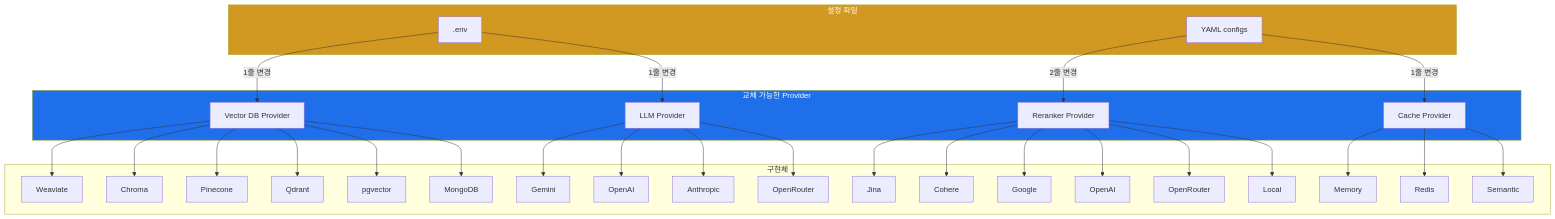
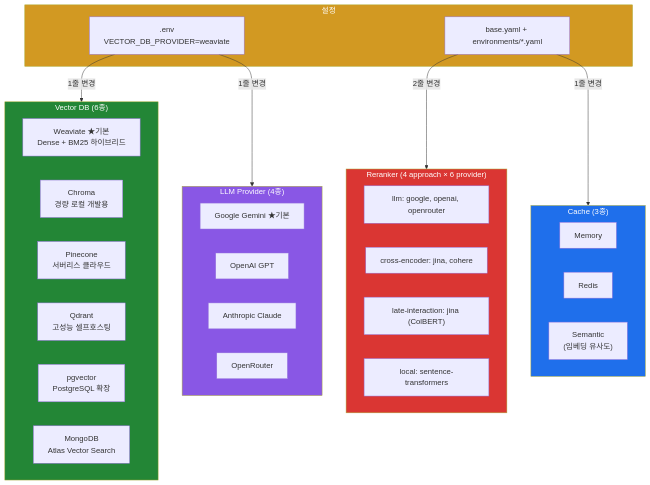
Before and after one commit to notadev-iamaura/OneRAG: the fifth of 10 diagrams in docs/ARCHITECTURE.md, drawn with Mermaid. The commit also changed other lines of this file, not shown here.

Commit message:
문서: ARCHITECTURE.md 시스템 구조 다이어그램 및 난이도 설명 업데이트

````diff
--- a/docs/ARCHITECTURE.md
+++ b/docs/ARCHITECTURE.md
@@ -99,47 +215,48 @@
 ```mermaid
 graph TB
-    subgraph Config["설정 파일"]
-        ENV[".env"]
-        YAML["YAML configs"]
+    subgraph Config["설정"]
+        ENV[".env<br/>VECTOR_DB_PROVIDER=weaviate"]
+        YAML["base.yaml + environments/*.yaml"]
     end
 
-    subgraph Providers["교체 가능한 Provider"]
-        VDB["Vector DB Provider"]
-        LLMP["LLM Provider"]
-        RRP["Reranker Provider"]
-        CP["Cache Provider"]
+    subgraph VDB["Vector DB (6종)"]
+        W["Weaviate ★기본<br/>Dense + BM25 하이브리드"]
+        CH["Chroma<br/>경량 로컬 개발용"]
+        PI["Pinecone<br/>서버리스 클라우드"]
+        QD["Qdrant<br/>고성능 셀프호스팅"]
+        PG["pgvector<br/>PostgreSQL 확장"]
+        MO["MongoDB<br/>Atlas Vector Search"]
     end
 
-    subgraph Implementations["구현체"]
-        VDB --> W[Weaviate]
-        VDB --> CH[Chroma]
-        VDB --> PI[Pinecone]
-        VDB --> QD[Qdrant]
-        VDB --> PG[pgvector]
-        VDB --> MO[MongoDB]
-
-        LLMP --> GE[Gemini]
-        LLMP --> OA[OpenAI]
-        LLMP --> AN[Anthropic]
-        LLMP --> OR[OpenRouter]
-
-        RRP --> JI[Jina]
-        RRP --> CO[Cohere]
-        RRP --> GO[Google]
-        RRP --> ROA[OpenAI]
-        RRP --> ROR[OpenRouter]
-        RRP --> LO[Local]
-
-        CP --> ME[Memory]
-        CP --> RE[Redis]
-        CP --> SE[Semantic]
+    subgraph LLMP["LLM Provider (4종)"]
+        GE["Google Gemini ★기본"]
+        OA["OpenAI GPT"]
+        AN["Anthropic Claude"]
+        OR["OpenRouter"]
     end
 
-    ENV -->|1줄 변경| VDB
-    ENV -->|1줄 변경| LLMP
-    YAML -->|2줄 변경| RRP
-    YAML -->|1줄 변경| CP
+    subgraph RRP["Reranker (4 approach × 6 provider)"]
+        direction LR
+        R_LLM["llm: google, openai, openrouter"]
+        R_CE["cross-encoder: jina, cohere"]
+        R_LI["late-interaction: jina (ColBERT)"]
+        R_LO["local: sentence-transformers"]
+    end
+
+    subgraph CP["Cache (3종)"]
+        ME["Memory"]
+        RE["Redis"]
+        SE["Semantic<br/>(임베딩 유사도)"]
+    end
+
+    ENV -->|"1줄 변경"| VDB
+    ENV -->|"1줄 변경"| LLMP
+    YAML -->|"2줄 변경"| RRP
+    YAML -->|"1줄 변경"| CP
 
     style Config fill:#d29922,color:#fff
-    style Providers fill:#1f6feb,color:#fff
+    style VDB fill:#238636,color:#fff
+    style LLMP fill:#8957e5,color:#fff
+    style RRP fill:#da3633,color:#fff
+    style CP fill:#1f6feb,color:#fff
 ```
````
